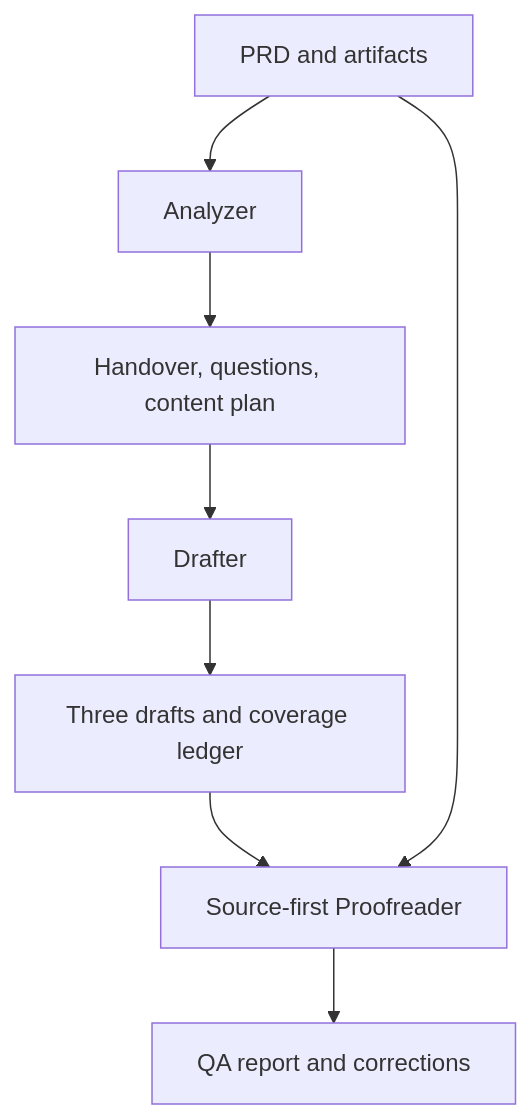
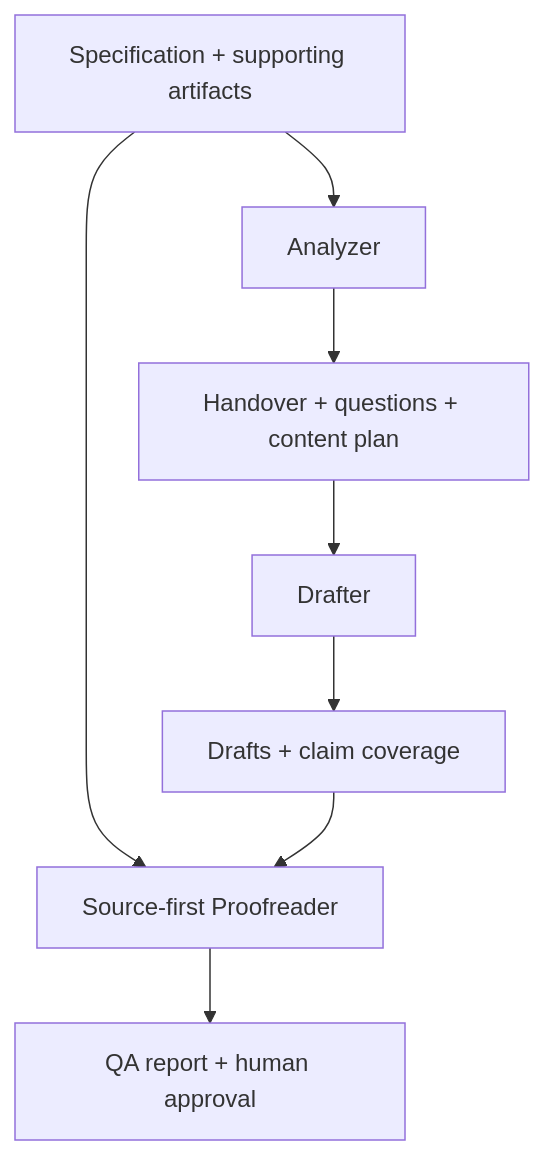
The diagram in README.md (AzariahOnyx/docforge-skills), drawn with Mermaid before and after one commit. The commit also changed other lines of this file, not shown here.

````diff
--- a/README.md
+++ b/README.md
@@ -22,10 +28,10 @@
 ```mermaid
 flowchart TD
-    A["PRD and artifacts"] --> B["Analyzer"]
-    B --> C["Handover, questions, content plan"]
-    C --> D["Drafter"]
-    D --> E["Three drafts and coverage ledger"]
-    E --> F["Source-first Proofreader"]
-    A --> F
-    F --> G["QA report and corrections"]
+    A[Specification + supporting artifacts] --> B[Analyzer]
+    B --> C[Handover + questions + content plan]
+    C --> D[Drafter]
+    D --> E[Drafts + claim coverage]
+    A --> F[Source-first Proofreader]
+    E --> F
+    F --> G[QA report + human approval]
 ```
````
